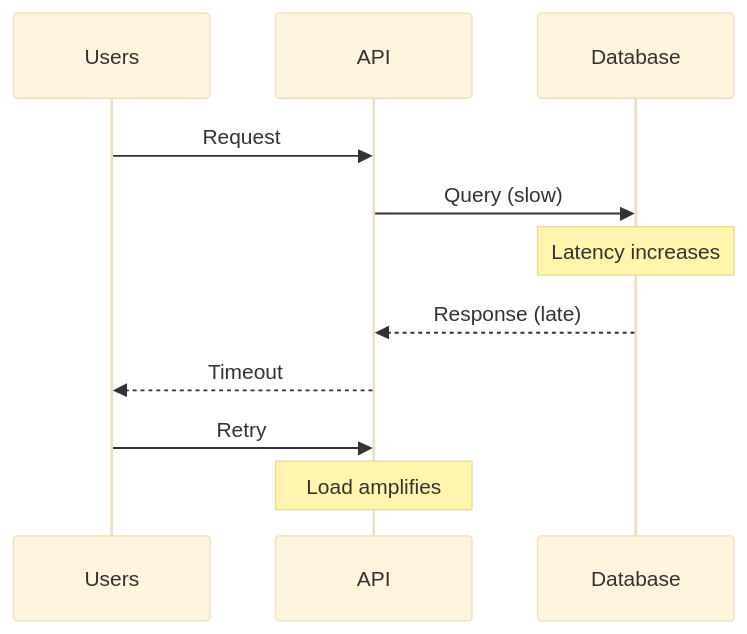
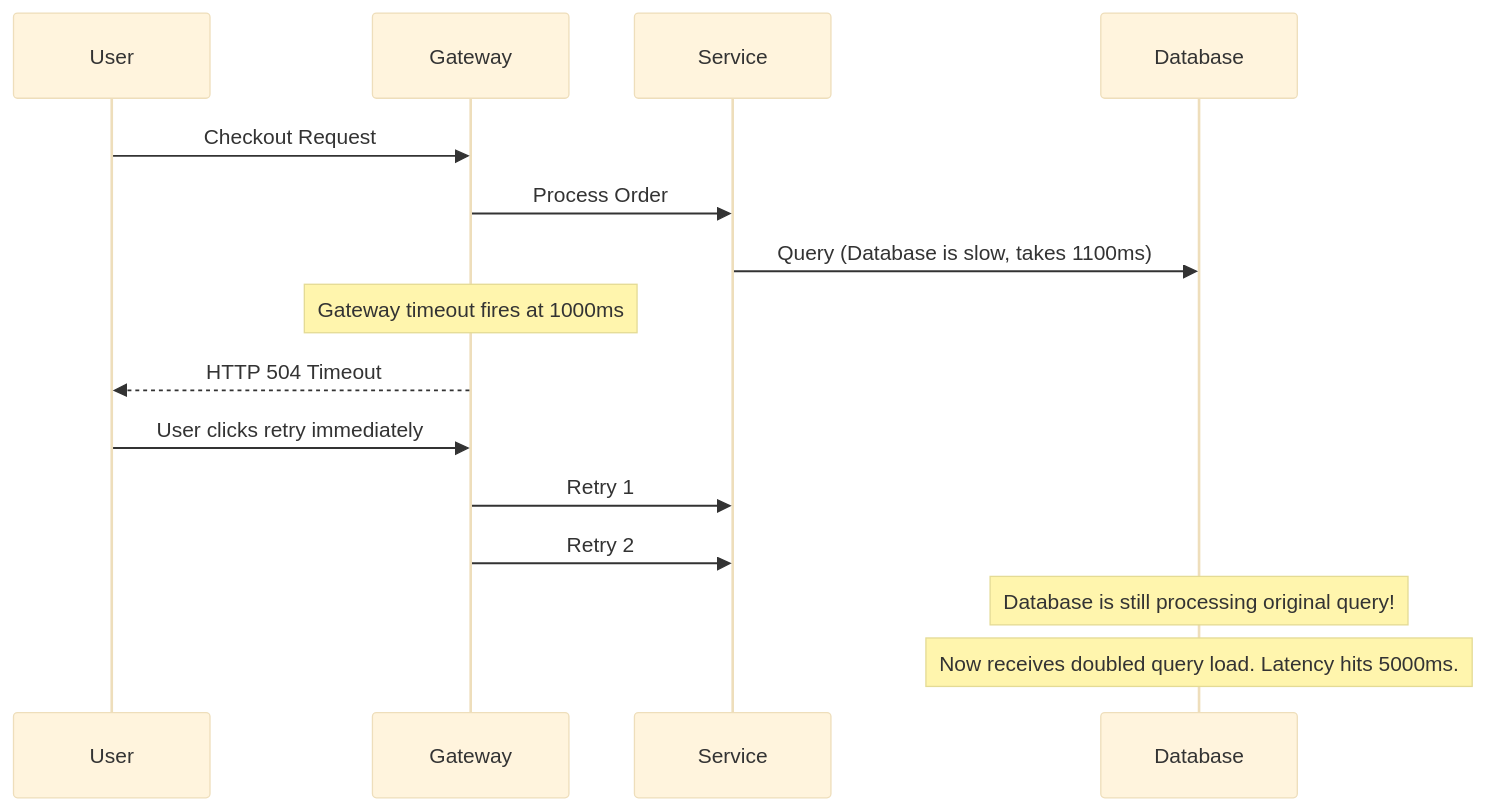
Before and after one commit to subrotokumar/pages: the fourth of 4 diagrams in docs/system_design/deep_dive/networking.md, drawn with Mermaid (base theme). The commit also changed other lines of this file and 15 other files, not shown here.

Commit message:
docs: enhance applied ai architecture notes and documentation structure

````diff
--- a/docs/system_design/deep_dive/networking.md
+++ b/docs/system_design/deep_dive/networking.md
@@ -345,14 +188,18 @@
 ```mermaid
 sequenceDiagram
-    participant U as Users
-    participant API as API
-    participant DB as Database
+    participant User
+    participant Gateway
+    participant Service
+    participant Database
 
-    U->>API: Request
-    API->>DB: Query (slow)
-    Note over DB: Latency increases
-    DB-->>API: Response (late)
-    API-->>U: Timeout
-    U->>API: Retry
-    Note over API: Load amplifies
+    User->>Gateway: Checkout Request
+    Gateway->>Service: Process Order
+    Service->>Database: Query (Database is slow, takes 1100ms)
+    Note over Gateway: Gateway timeout fires at 1000ms
+    Gateway-->>User: HTTP 504 Timeout
+    User->>Gateway: User clicks retry immediately
+    Gateway->>Service: Retry 1
+    Gateway->>Service: Retry 2
+    Note over Database: Database is still processing original query!
+    Note over Database: Now receives doubled query load. Latency hits 5000ms.
 ```
````
